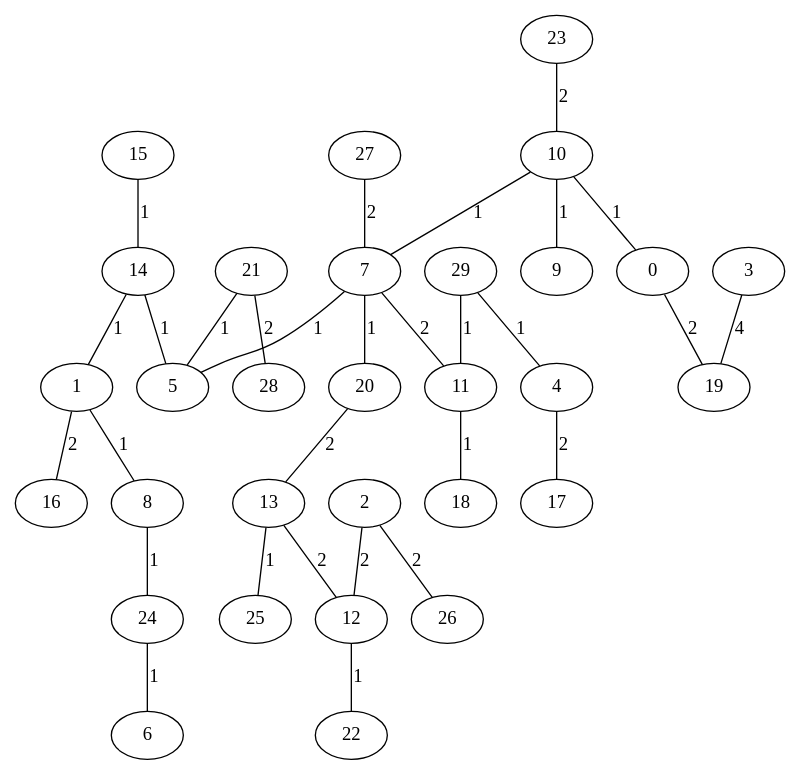
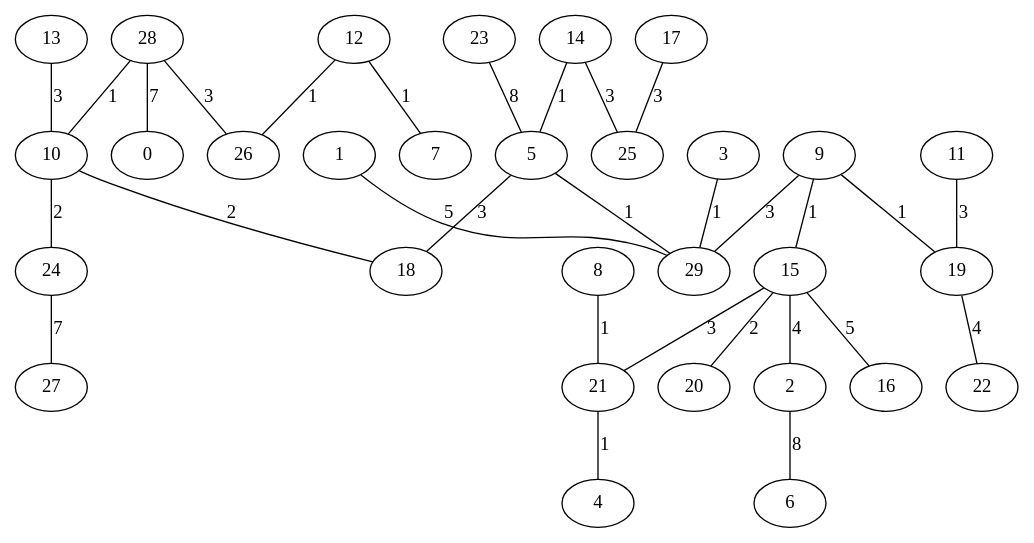
Before and after one commit to OmarAlejandroLinares/ProyectoDAA: the diagram in gv/Gilbert_30_KruskalD.gv, drawn with Graphviz. The commit also changed 72 other files, not shown here.

```diff
--- a/gv/Gilbert_30_KruskalD.gv
+++ b/gv/Gilbert_30_KruskalD.gv
@@ -1,61 +1,61 @@
 graph {
-	1 [label=1]
+	3 [label=3]
+	29 [label=29]
+	5 [label=5]
 	8 [label=8]
+	21 [label=21]
+	9 [label=9]
+	15 [label=15]
+	19 [label=19]
+	12 [label=12]
 	7 [label=7]
-	5 [label=5]
+	26 [label=26]
+	14 [label=14]
+	4 [label=4]
+	28 [label=28]
+	10 [label=10]
+	18 [label=18]
+	24 [label=24]
 	20 [label=20]
-	24 [label=24]
-	10 [label=10]
-	0 [label=0]
-	9 [label=9]
 	11 [label=11]
-	18 [label=18]
-	12 [label=12]
-	22 [label=22]
 	13 [label=13]
 	25 [label=25]
-	14 [label=14]
-	15 [label=15]
-	21 [label=21]
+	17 [label=17]
+	2 [label=2]
+	22 [label=22]
+	1 [label=1]
+	16 [label=16]
+	27 [label=27]
+	0 [label=0]
 	6 [label=6]
-	29 [label=29]
-	4 [label=4]
-	19 [label=19]
-	16 [label=16]
-	2 [label=2]
-	26 [label=26]
-	17 [label=17]
-	28 [label=28]
 	23 [label=23]
-	27 [label=27]
-	3 [label=3]
-	1 -- 8 [label=1]
-	7 -- 5 [label=1]
-	7 -- 20 [label=1]
-	8 -- 24 [label=1]
-	10 -- 0 [label=1]
-	10 -- 7 [label=1]
-	10 -- 9 [label=1]
-	11 -- 18 [label=1]
-	12 -- 22 [label=1]
-	13 -- 25 [label=1]
-	14 -- 1 [label=1]
+	3 -- 29 [label=1]
+	5 -- 29 [label=1]
+	8 -- 21 [label=1]
+	9 -- 15 [label=1]
+	9 -- 19 [label=1]
+	12 -- 7 [label=1]
+	12 -- 26 [label=1]
 	14 -- 5 [label=1]
-	15 -- 14 [label=1]
-	21 -- 5 [label=1]
-	24 -- 6 [label=1]
-	29 -- 4 [label=1]
-	29 -- 11 [label=1]
-	0 -- 19 [label=2]
-	1 -- 16 [label=2]
-	2 -- 12 [label=2]
-	2 -- 26 [label=2]
-	4 -- 17 [label=2]
-	7 -- 11 [label=2]
-	13 -- 12 [label=2]
-	20 -- 13 [label=2]
-	21 -- 28 [label=2]
-	23 -- 10 [label=2]
-	27 -- 7 [label=2]
-	3 -- 19 [label=4]
+	21 -- 4 [label=1]
+	28 -- 10 [label=1]
+	10 -- 18 [label=2]
+	10 -- 24 [label=2]
+	15 -- 20 [label=2]
+	5 -- 18 [label=3]
+	9 -- 29 [label=3]
+	11 -- 19 [label=3]
+	13 -- 10 [label=3]
+	14 -- 25 [label=3]
+	15 -- 21 [label=3]
+	17 -- 25 [label=3]
+	28 -- 26 [label=3]
+	15 -- 2 [label=4]
+	19 -- 22 [label=4]
+	1 -- 29 [label=5]
+	15 -- 16 [label=5]
+	24 -- 27 [label=7]
+	28 -- 0 [label=7]
+	2 -- 6 [label=8]
+	23 -- 5 [label=8]
 }
```
